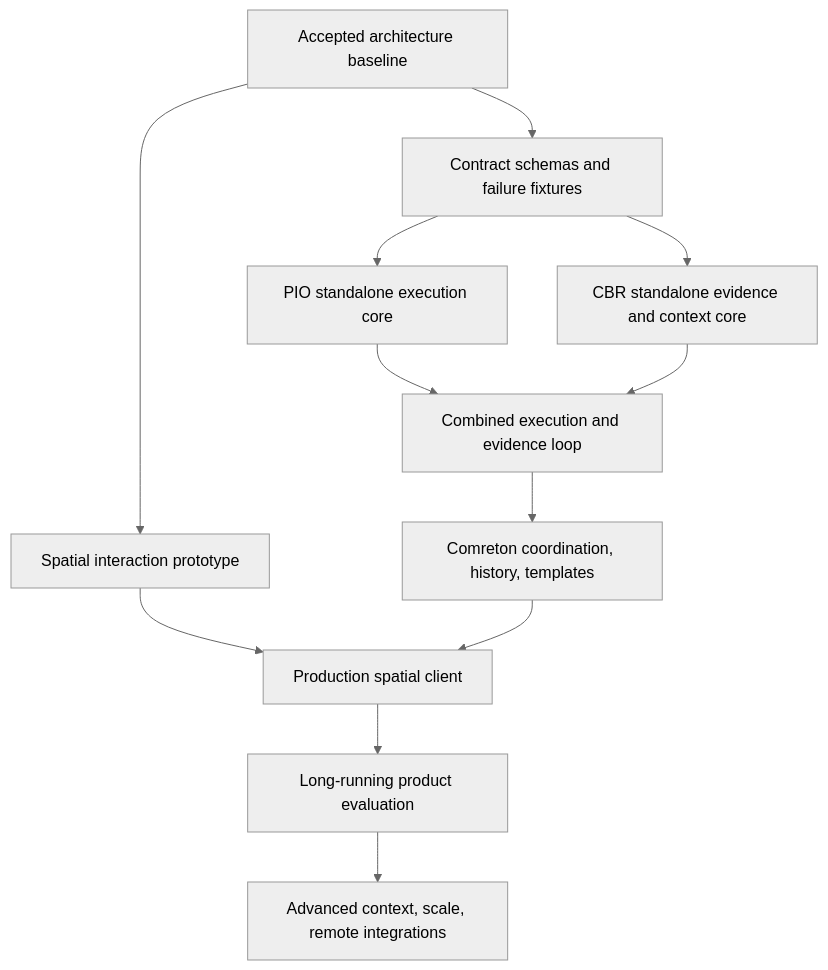
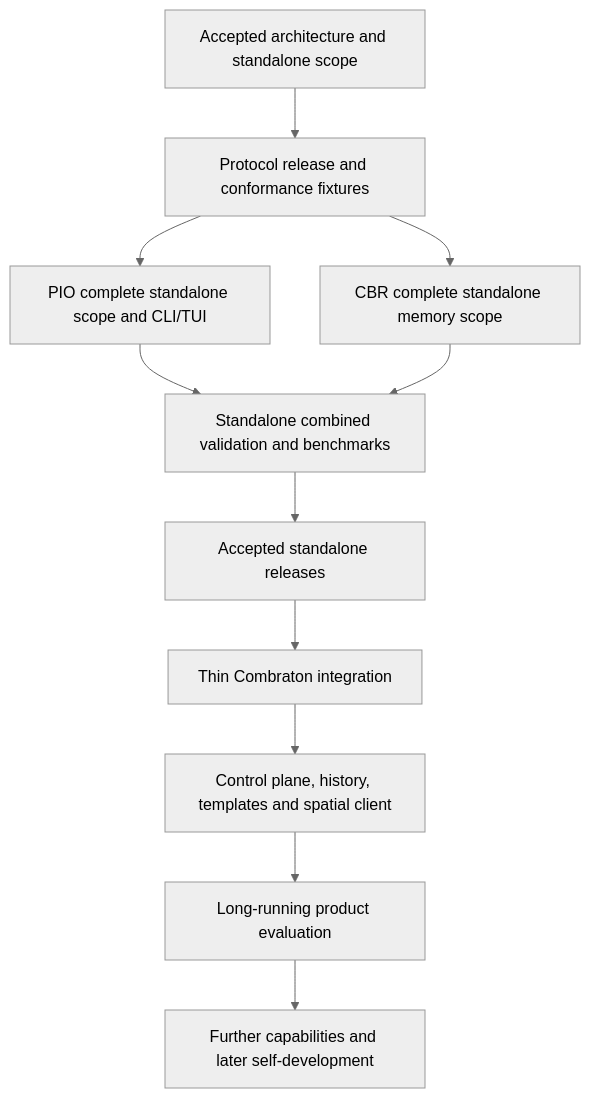
Before and after one commit to Combraton/combraton: the diagram in docs/architecture/PLAN.md, drawn with Mermaid (neutral theme). The commit also changed other lines of this file and 21 other files, not shown here.

Commit message:
Adopt standalone-first releases and PIO client evaluation

````diff
--- a/docs/architecture/PLAN.md
+++ b/docs/architecture/PLAN.md
@@ -17,14 +17,13 @@
 ```mermaid
 flowchart TD
-  A[Accepted architecture baseline] --> B[Contract schemas and failure fixtures]
-  A --> U[Spatial interaction prototype]
-  B --> P[PIO standalone execution core]
-  B --> C[CBR standalone evidence and context core]
-  P --> I[Combined execution and evidence loop]
-  C --> I
-  I --> K[Comreton coordination, history, templates]
-  U --> D[Production spatial client]
-  K --> D
+  A[Accepted architecture and standalone scope] --> B[Protocol release and conformance fixtures]
+  B --> P[PIO complete standalone scope and CLI/TUI]
+  B --> C[CBR complete standalone memory scope]
+  P --> V[Standalone combined validation and benchmarks]
+  C --> V
+  V --> R[Accepted standalone releases]
+  R --> I[Thin Combraton integration]
+  I --> D[Control plane, history, templates and spatial client]
   D --> E[Long-running product evaluation]
-  E --> F[Advanced context, scale, remote integrations]
+  E --> F[Further capabilities and later self-development]
 ```
````
